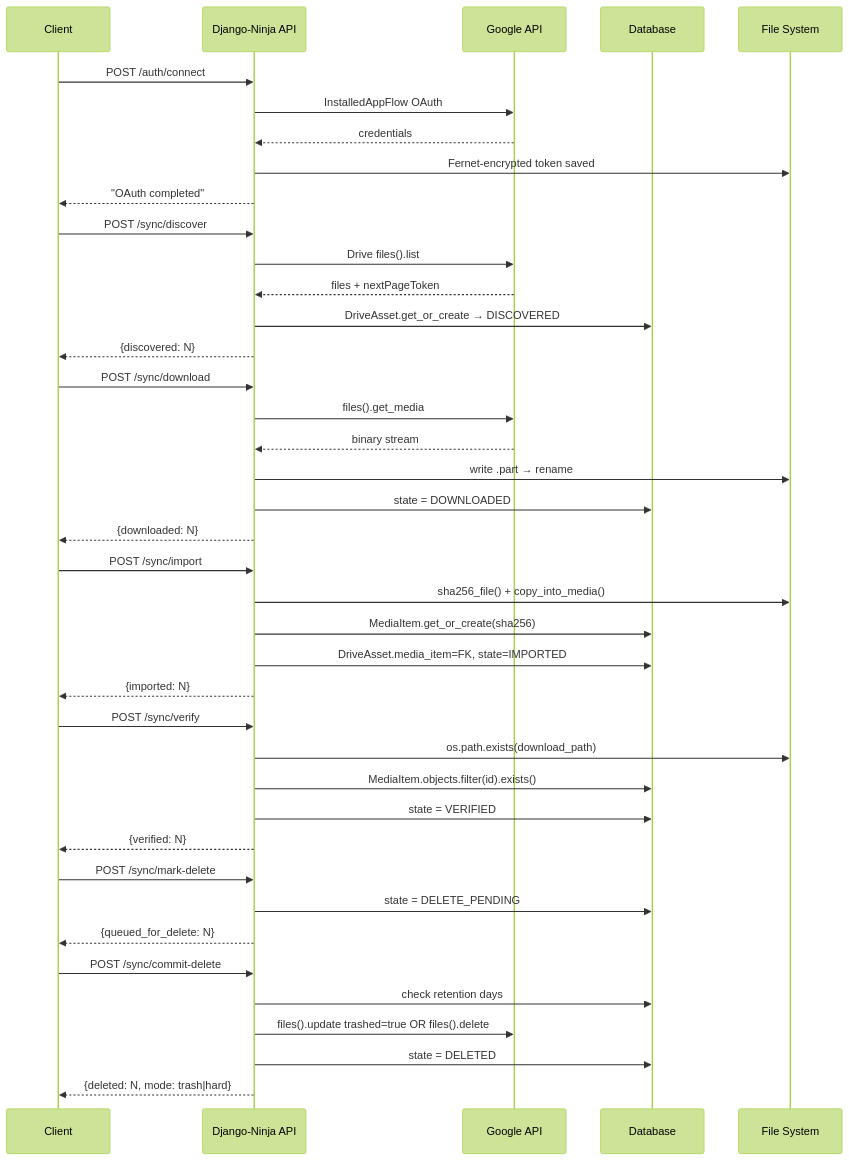
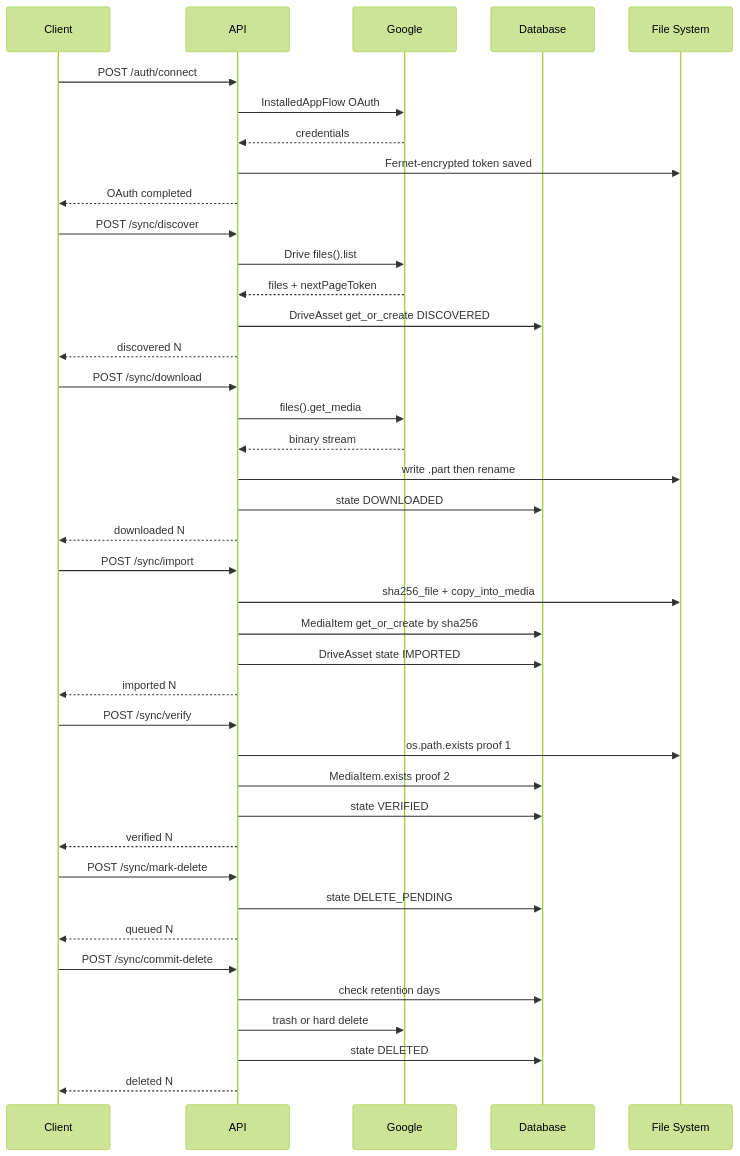
Before and after one commit to devadalberto/backdeezup: the fourth of 4 diagrams in shared_context.md, drawn with Mermaid (forest theme). The commit also changed other lines of this file and 6 other files, not shown here.

First line of the commit message:
chore: release v0.4.0 - CI workflow, Playwright, fixed diagrams and Pages

````diff
--- a/shared_context.md
+++ b/shared_context.md
@@ -94,49 +89,49 @@
 ```mermaid
 sequenceDiagram
     participant C as Client
-    participant A as Django-Ninja API
-    participant G as Google API
+    participant A as API
+    participant G as Google
     participant DB as Database
     participant FS as File System
 
     C->>A: POST /auth/connect
     A->>G: InstalledAppFlow OAuth
     G-->>A: credentials
     A->>FS: Fernet-encrypted token saved
-    A-->>C: "OAuth completed"
+    A-->>C: OAuth completed
 
     C->>A: POST /sync/discover
     A->>G: Drive files().list
     G-->>A: files + nextPageToken
-    A->>DB: DriveAsset.get_or_create → DISCOVERED
-    A-->>C: {discovered: N}
+    A->>DB: DriveAsset get_or_create DISCOVERED
+    A-->>C: discovered N
 
     C->>A: POST /sync/download
     A->>G: files().get_media
     G-->>A: binary stream
-    A->>FS: write .part → rename
-    A->>DB: state = DOWNLOADED
-    A-->>C: {downloaded: N}
+    A->>FS: write .part then rename
+    A->>DB: state DOWNLOADED
+    A-->>C: downloaded N
 
     C->>A: POST /sync/import
-    A->>FS: sha256_file() + copy_into_media()
-    A->>DB: MediaItem.get_or_create(sha256)
-    A->>DB: DriveAsset.media_item=FK, state=IMPORTED
-    A-->>C: {imported: N}
+    A->>FS: sha256_file + copy_into_media
+    A->>DB: MediaItem get_or_create by sha256
+    A->>DB: DriveAsset state IMPORTED
+    A-->>C: imported N
 
     C->>A: POST /sync/verify
-    A->>FS: os.path.exists(download_path)
-    A->>DB: MediaItem.objects.filter(id).exists()
-    A->>DB: state = VERIFIED
-    A-->>C: {verified: N}
+    A->>FS: os.path.exists proof 1
+    A->>DB: MediaItem.exists proof 2
+    A->>DB: state VERIFIED
+    A-->>C: verified N
 
     C->>A: POST /sync/mark-delete
-    A->>DB: state = DELETE_PENDING
-    A-->>C: {queued_for_delete: N}
+    A->>DB: state DELETE_PENDING
+    A-->>C: queued N
 
     C->>A: POST /sync/commit-delete
     A->>DB: check retention days
-    A->>G: files().update trashed=true OR files().delete
-    A->>DB: state = DELETED
-    A-->>C: {deleted: N, mode: trash|hard}
+    A->>G: trash or hard delete
+    A->>DB: state DELETED
+    A-->>C: deleted N
 ```
````
